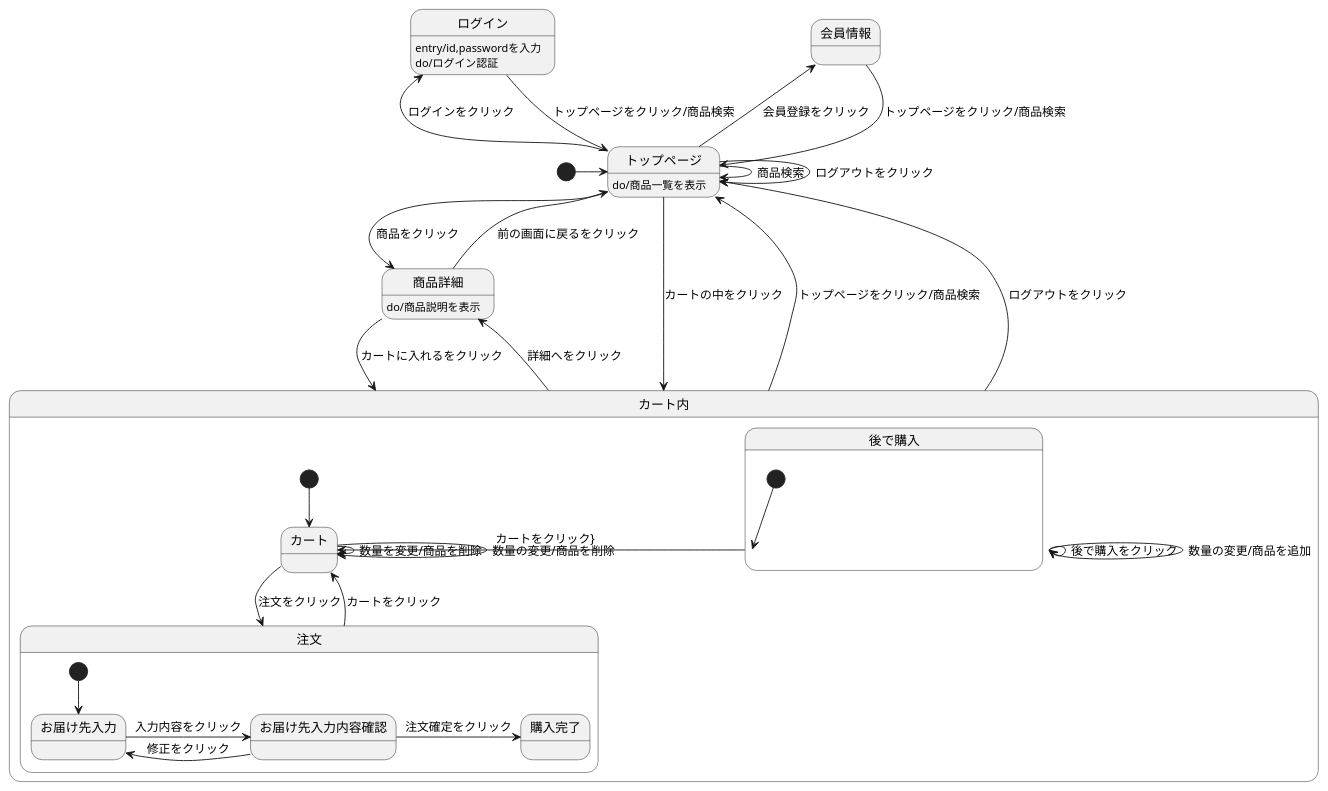
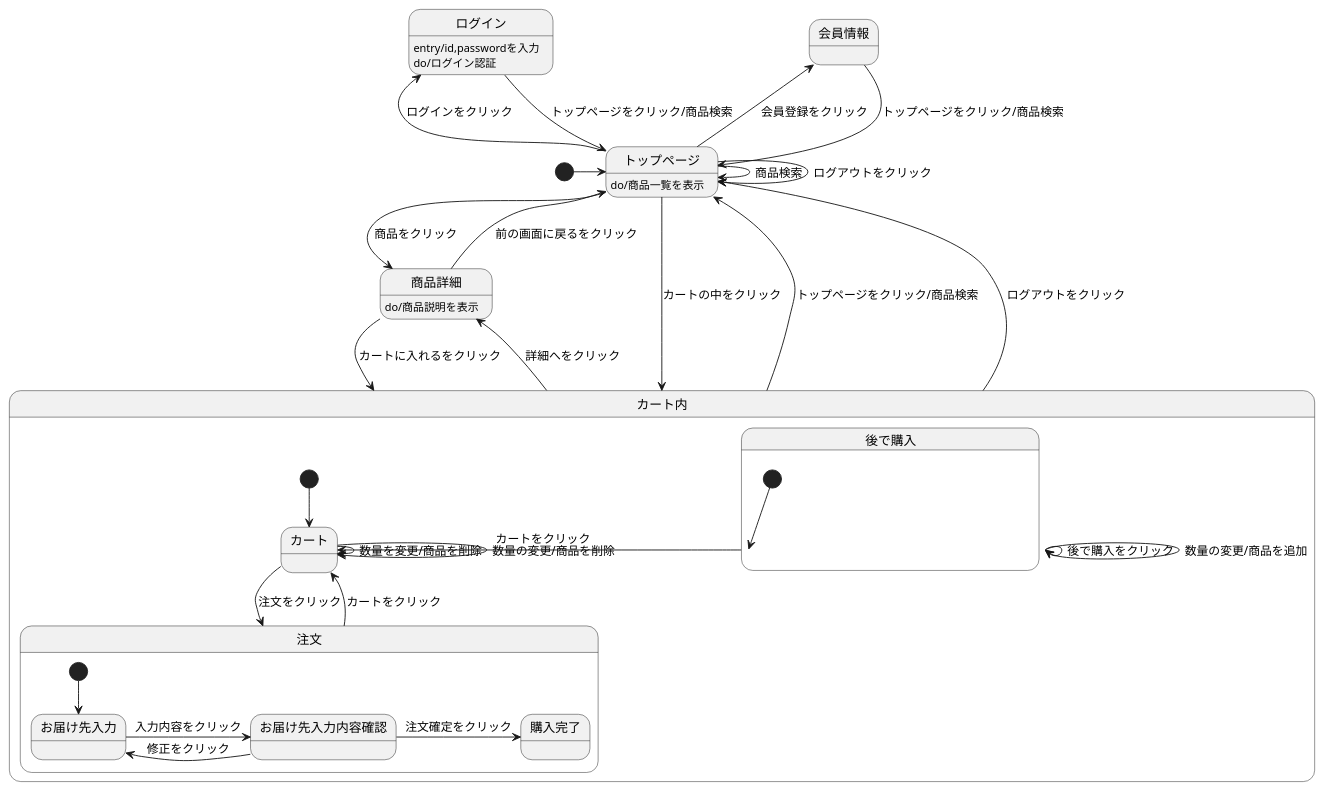
The diagram in origamen.md (Aso2101121/2021sys-design), drawn with PlantUML before and after one commit.

````diff
--- a/origamen.md
+++ b/origamen.md
@@ -1,40 +1,42 @@
 ```uml
 @startuml
 [*] -> トップページ
 会員情報 --> トップページ : トップページをクリック/商品検索
 ログイン --> トップページ : トップページをクリック/商品検索
 ログイン:entry/id,passwordを入力
 ログイン:do/ログイン認証
 トップページ --> トップページ : ログアウトをクリック
 トップページ -> トップページ : 商品検索
 トップページ -> 商品詳細 : 商品をクリック
 トップページ -left->会員情報 : 会員登録をクリック
 トップページ -left-> ログイン : ログインをクリック
 トップページ --> カート内 : カートの中をクリック
 トップページ:do/商品一覧を表示
 商品詳細 --> カート内 : カートに入れるをクリック
 商品詳細 --> トップページ : 前の画面に戻るをクリック
 商品詳細:do/商品説明を表示
 カート内 -up-> トップページ : トップページをクリック/商品検索
 カート内 -up-> トップページ : ログアウトをクリック
 カート内 -> 商品詳細 : 詳細へをクリック
 
 state カート内 {
 [*] --> カート
 カート -> 注文 : 注文をクリック
 カート -> カート : 数量を変更/商品を削除
 注文 --> カート : カートをクリック
 state 注文 {
 [*] --> お届け先入力
 お届け先入力 -> お届け先入力内容確認 : 入力内容をクリック
 お届け先入力内容確認 -> お届け先入力 : 修正をクリック
 お届け先入力内容確認 -> 購入完了 : 注文確定をクリック
 }
 state 後で購入 {
 [*] --> 後で購入
 後で購入 -> 後で購入 : 後で購入をクリック
 カート -> カート : 数量の変更/商品を削除
 後で購入 -> 後で購入 : 数量の変更/商品を追加
-後で購入 -> カート : カートをクリック}
+後で購入 -> カート : カートをクリック
+}
+
 @enduml
 ```
````
